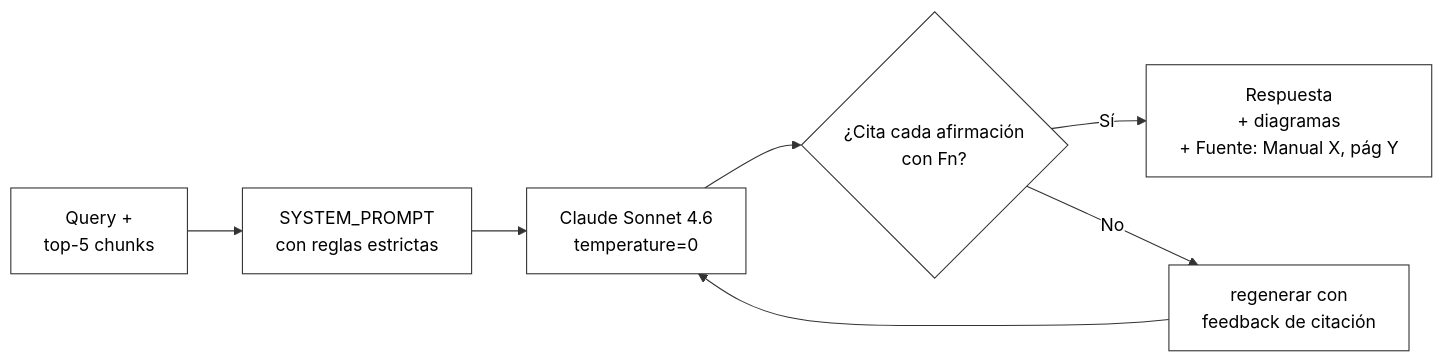
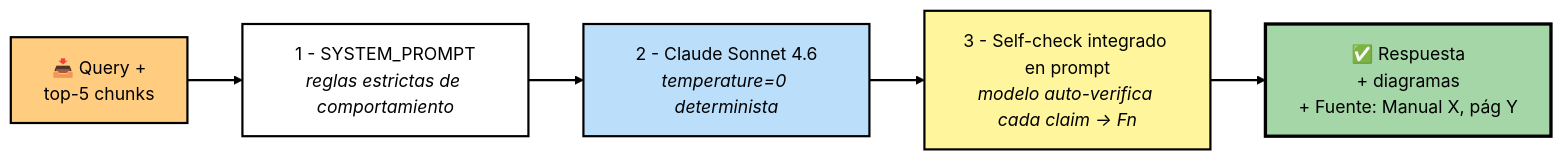
The sixth of 8 diagrams in docs/ARCHITECTURE.md (albertofontiber/technical_bot), drawn with Mermaid before and after one commit. The commit also changed other lines of this file and 1 other file, not shown here.

````diff
--- a/docs/ARCHITECTURE.md
+++ b/docs/ARCHITECTURE.md
@@ -299,10 +363,15 @@
 ```mermaid
-%%{init: {'theme':'base', 'themeVariables': {'primaryColor':'#ffffff','primaryTextColor':'#000000','primaryBorderColor':'#333333','lineColor':'#333333'}}}%%
 flowchart LR
-    In[Query +<br>top-5 chunks] --> Prompt[SYSTEM_PROMPT<br>con reglas estrictas]
-    Prompt --> Sonnet[Claude Sonnet 4.6<br>temperature=0]
-    Sonnet --> Check{¿Cita cada afirmación<br>con Fn?}
-    Check -->|Sí| Out[Respuesta<br>+ diagramas<br>+ Fuente: Manual X, pág Y]
-    Check -->|No| Loop[regenerar con<br>feedback de citación]
-    Loop --> Sonnet
+    In[📥 Query +<br>top-5 chunks] --> Prompt[1 - SYSTEM_PROMPT<br><i>reglas estrictas de comportamiento</i>]
+    Prompt --> Sonnet[2 - Claude Sonnet 4.6<br><i>temperature=0 determinista</i>]
+    Sonnet --> Check[3 - Self-check integrado en prompt<br><i>modelo auto-verifica cada claim → Fn</i>]
+    Check --> Out[✅ Respuesta<br>+ diagramas<br>+ Fuente: Manual X, pág Y]
+
+    style In fill:#ffcc80,stroke:#000000,color:#000000,stroke-width:2px
+    style Prompt fill:#ffffff,stroke:#000000,color:#000000,stroke-width:2px
+    style Sonnet fill:#bbdefb,stroke:#000000,color:#000000,stroke-width:2px
+    style Check fill:#fff59d,stroke:#000000,color:#000000,stroke-width:2px
+    style Out fill:#a5d6a7,stroke:#000000,color:#000000,stroke-width:3px
+
+    linkStyle default stroke:#000000,stroke-width:2px
 ```
````
